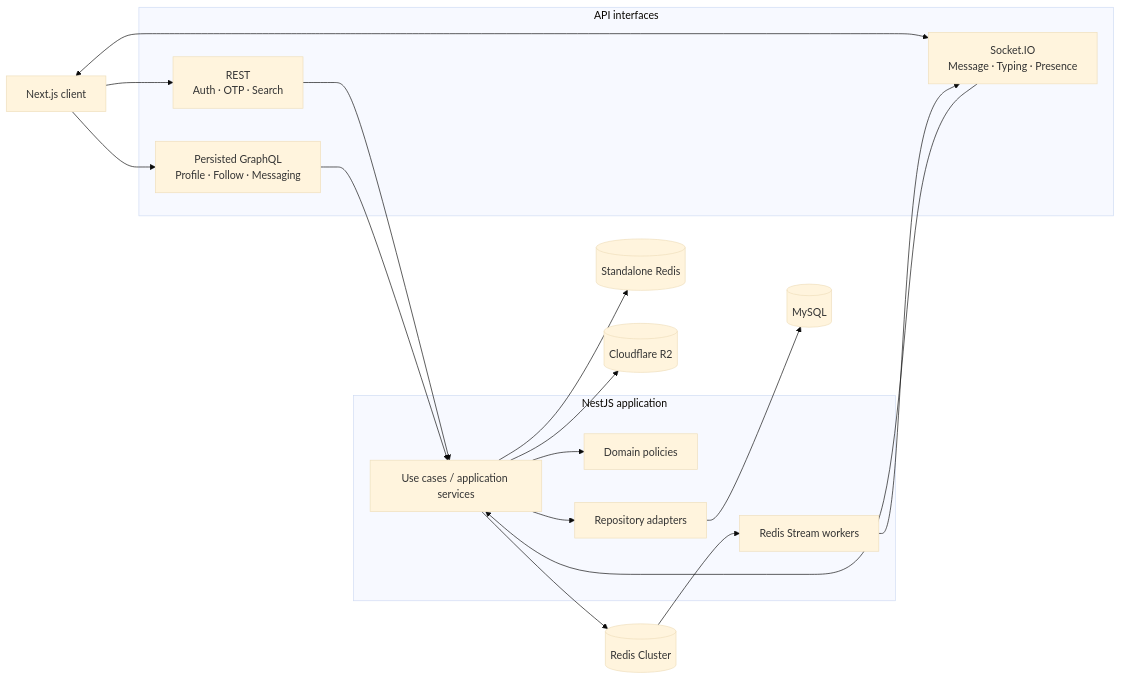
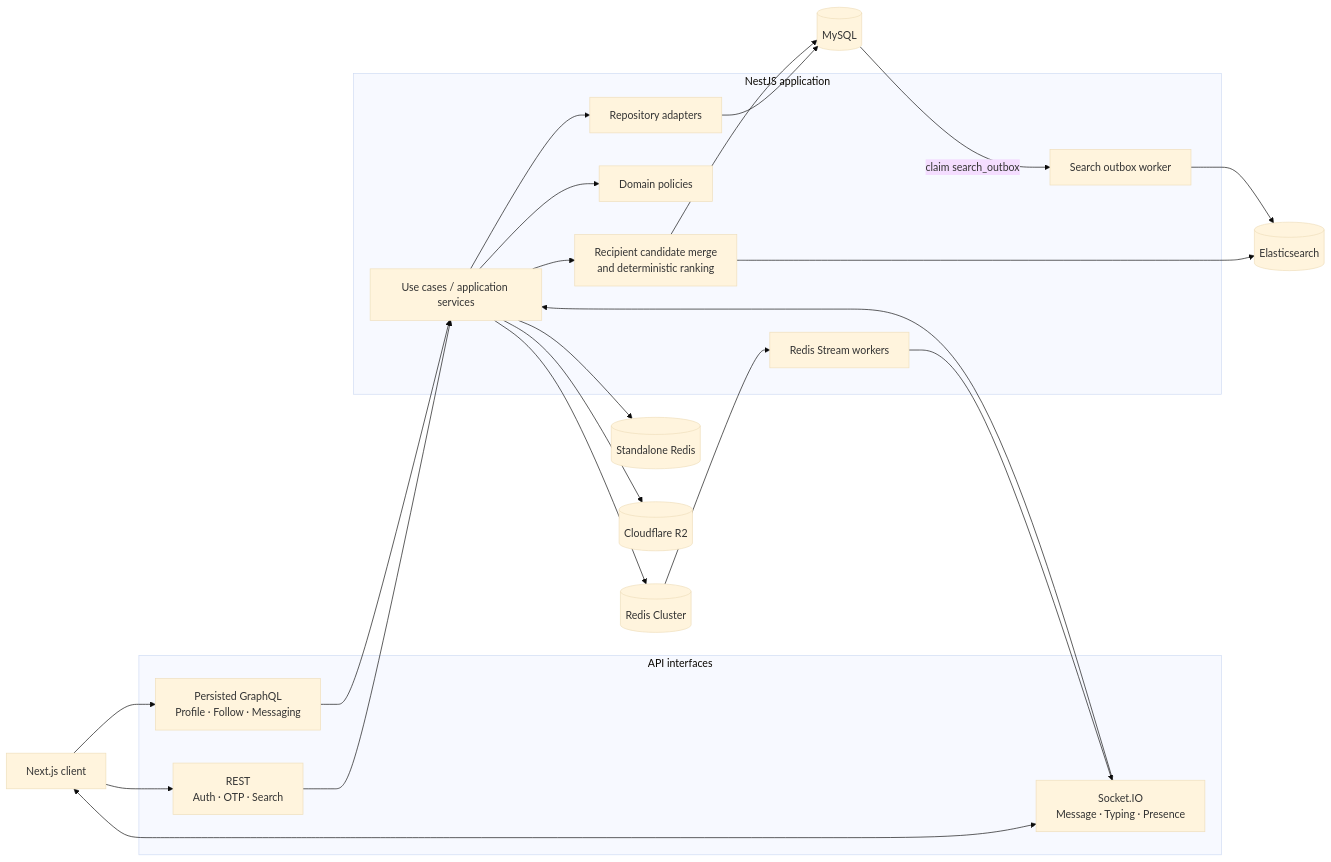
The first of 2 diagrams in README.md (hieumn04/social-platform-backend), drawn with Mermaid (base theme) before and after one commit. The commit also changed other lines of this file, not shown here.

Commit message:
docs: describe hybrid recipient search architecture

````diff
--- a/README.md
+++ b/README.md
@@ -20,30 +23,36 @@
 ```mermaid
 flowchart LR
     Client["Next.js client"]
 
     subgraph Interfaces[API interfaces]
         REST["REST<br/>Auth · OTP · Search"]
         GQL["Persisted GraphQL<br/>Profile · Follow · Messaging"]
         WS["Socket.IO<br/>Message · Typing · Presence"]
     end
 
     subgraph Core[NestJS application]
         UC["Use cases / application services"]
+        Ranker["Recipient candidate merge<br/>and deterministic ranking"]
         Domain["Domain policies"]
         Repo["Repository adapters"]
-        Worker["Redis Stream workers"]
+        StreamWorker["Redis Stream workers"]
+        SearchWorker["Search outbox worker"]
     end
 
     Client --> REST --> UC
     Client --> GQL --> UC
     Client <--> WS
     WS --> UC
     UC --> Domain
     UC --> Repo
+    UC --> Ranker
 
     Repo --> MySQL[(MySQL)]
+    Ranker --> MySQL
+    Ranker --> ES[(Elasticsearch)]
+    MySQL -- "claim search_outbox" --> SearchWorker --> ES
     UC --> Redis[(Standalone Redis)]
     UC --> Cluster[(Redis Cluster)]
     UC --> R2[(Cloudflare R2)]
-    Cluster --> Worker --> WS
+    Cluster --> StreamWorker --> WS
 ```
````
